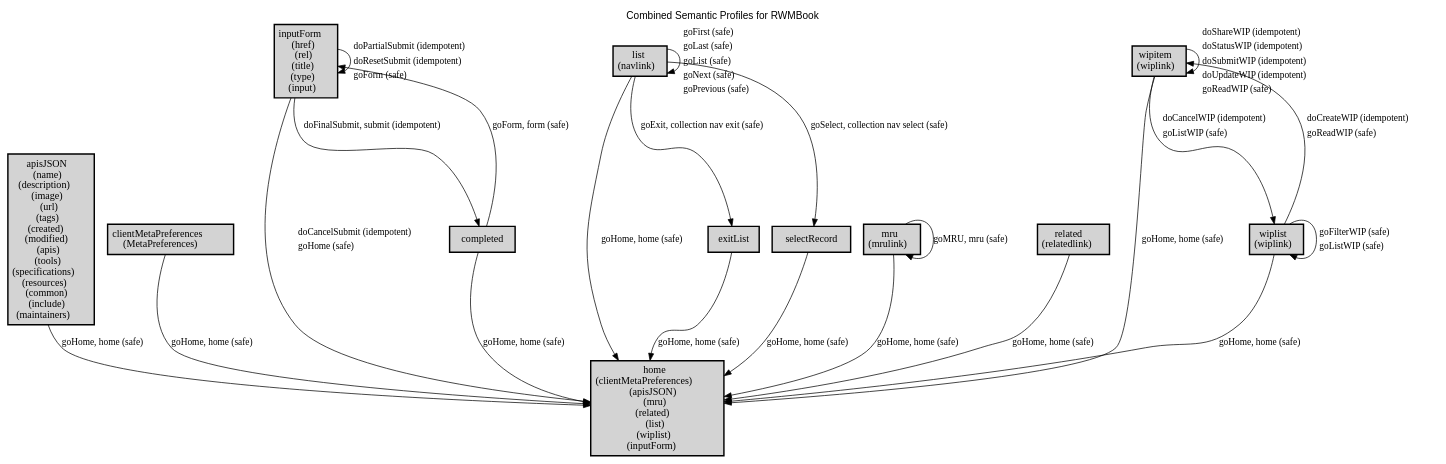
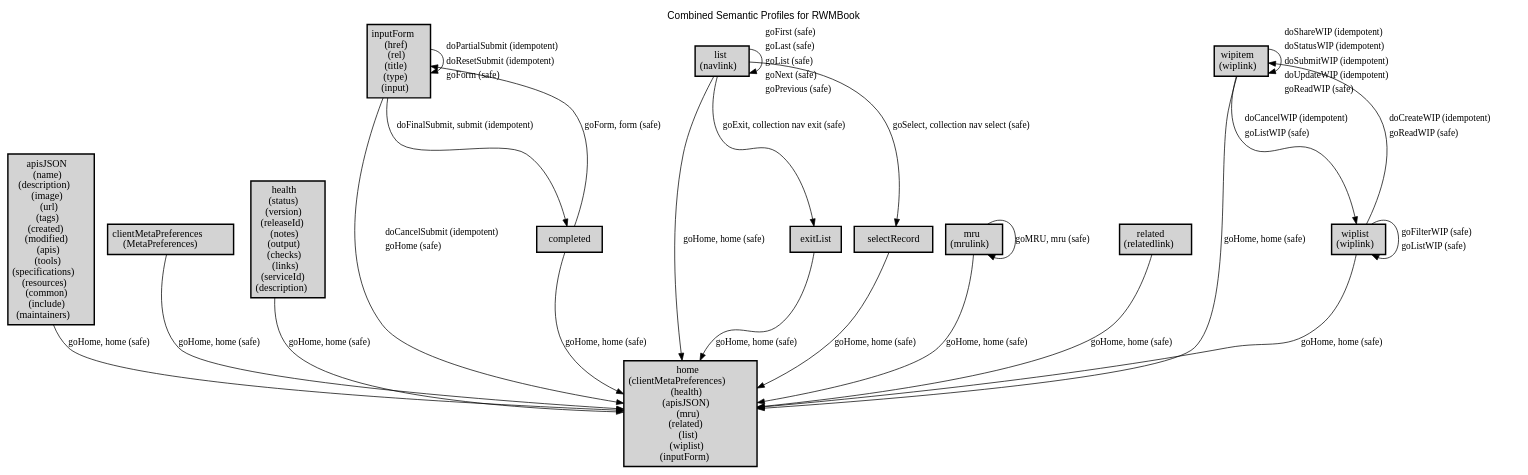
One commit to webapicookbook/alps-documents changed the diagram in docs/combined/combined.dot. Above: the diagram before and after it, drawn with Graphviz. The commit also changed 30 other files, not shown here.

```diff
--- a/docs/combined/combined.dot
+++ b/docs/combined/combined.dot
@@ -1,47 +1,49 @@
 digraph application_state_diagram {
   graph [
     labelloc="t";
     fontname="Helvetica"
     label="Combined Semantic Profiles for RWMBook";
     URL="index.html" target="_parent"
   ];
   node [shape = box, style = "bold,filled" fillcolor="lightgray"];
 
     apisJSON [margin=0.02, label=<<table cellspacing="0" cellpadding="5" border="0"><tr><td>apisJSON<br />(name)<br />(description)<br />(image)<br />(url)<br />(tags)<br />(created)<br />(modified)<br />(apis)<br />(tools)<br />(specifications)<br />(resources)<br />(common)<br />(include)<br />(maintainers)<br /></td></tr></table>>,shape=box URL="docs/semantic.apisJSON.html" target="_parent"]
     clientMetaPreferences [margin=0.02, label=<<table cellspacing="0" cellpadding="5" border="0"><tr><td>clientMetaPreferences<br />(MetaPreferences)<br /></td></tr></table>>,shape=box URL="docs/semantic.clientMetaPreferences.html" target="_parent"]
-    home [margin=0.02, label=<<table cellspacing="0" cellpadding="5" border="0"><tr><td>home<br />(clientMetaPreferences)<br />(apisJSON)<br />(mru)<br />(related)<br />(list)<br />(wiplist)<br />(inputForm)<br /></td></tr></table>>,shape=box URL="docs/semantic.home.html" target="_parent"]
+    health [margin=0.02, label=<<table cellspacing="0" cellpadding="5" border="0"><tr><td>health<br />(status)<br />(version)<br />(releaseId)<br />(notes)<br />(output)<br />(checks)<br />(links)<br />(serviceId)<br />(description)<br /></td></tr></table>>,shape=box URL="docs/semantic.health.html" target="_parent"]
+    home [margin=0.02, label=<<table cellspacing="0" cellpadding="5" border="0"><tr><td>home<br />(clientMetaPreferences)<br />(health)<br />(apisJSON)<br />(mru)<br />(related)<br />(list)<br />(wiplist)<br />(inputForm)<br /></td></tr></table>>,shape=box URL="docs/semantic.home.html" target="_parent"]
     inputForm [margin=0.02, label=<<table cellspacing="0" cellpadding="5" border="0"><tr><td>inputForm<br />(href)<br />(rel)<br />(title)<br />(type)<br />(input)<br /></td></tr></table>>,shape=box URL="docs/semantic.inputForm.html" target="_parent"]
     list [margin=0.02, label=<<table cellspacing="0" cellpadding="5" border="0"><tr><td>list<br />(navlink)<br /></td></tr></table>>,shape=box URL="docs/semantic.list.html" target="_parent"]
     mru [margin=0.02, label=<<table cellspacing="0" cellpadding="5" border="0"><tr><td>mru<br />(mrulink)<br /></td></tr></table>>,shape=box URL="docs/semantic.mru.html" target="_parent"]
     related [margin=0.02, label=<<table cellspacing="0" cellpadding="5" border="0"><tr><td>related<br />(relatedlink)<br /></td></tr></table>>,shape=box URL="docs/semantic.related.html" target="_parent"]
     wipitem [margin=0.02, label=<<table cellspacing="0" cellpadding="5" border="0"><tr><td>wipitem<br />(wiplink)<br /></td></tr></table>>,shape=box URL="docs/semantic.wipitem.html" target="_parent"]
     wiplist [margin=0.02, label=<<table cellspacing="0" cellpadding="5" border="0"><tr><td>wiplist<br />(wiplink)<br /></td></tr></table>>,shape=box URL="docs/semantic.wiplist.html" target="_parent"]
 
     apisJSON -> home [label = <goHome, home (safe)> URL="docs/safe.goHome.html" target="_parent" fontsize=13];
     clientMetaPreferences -> home [label = <goHome, home (safe)> URL="docs/safe.goHome.html" target="_parent" fontsize=13];
     completed -> home [label = <goHome, home (safe)> URL="docs/safe.goHome.html" target="_parent" fontsize=13];
     completed -> inputForm [label = <goForm, form (safe)> URL="docs/safe.goForm.html" target="_parent" fontsize=13];
     exitList -> home [label = <goHome, home (safe)> URL="docs/safe.goHome.html" target="_parent" fontsize=13];
+    health -> home [label = <goHome, home (safe)> URL="docs/safe.goHome.html" target="_parent" fontsize=13];
     inputForm -> completed [label = <doFinalSubmit, submit (idempotent)> URL="docs/idempotent.doFinalSubmit.html" target="_parent" fontsize=13];
     inputForm -> home [label=<<table  border="0"><tr><td align="left" href="docs/idempotent.doCancelSubmit.html">doCancelSubmit (idempotent)</td></tr><tr><td align="left" href="docs/safe.goHome.html">goHome (safe)</td></tr></table>> fontsize=13];
     inputForm -> inputForm [label=<<table  border="0"><tr><td align="left" href="docs/idempotent.doPartialSubmit.html">doPartialSubmit (idempotent)</td></tr><tr><td align="left" href="docs/idempotent.doResetSubmit.html">doResetSubmit (idempotent)</td></tr><tr><td align="left" href="docs/safe.goForm.html">goForm (safe)</td></tr></table>> fontsize=13];
     list -> exitList [label = <goExit, collection nav exit (safe)> URL="docs/safe.goExit.html" target="_parent" fontsize=13];
     list -> home [label = <goHome, home (safe)> URL="docs/safe.goHome.html" target="_parent" fontsize=13];
     list -> list [label=<<table  border="0"><tr><td align="left" href="docs/safe.goFirst.html">goFirst (safe)</td></tr><tr><td align="left" href="docs/safe.goLast.html">goLast (safe)</td></tr><tr><td align="left" href="docs/safe.goList.html">goList (safe)</td></tr><tr><td align="left" href="docs/safe.goNext.html">goNext (safe)</td></tr><tr><td align="left" href="docs/safe.goPrevious.html">goPrevious (safe)</td></tr></table>> fontsize=13];
     list -> selectRecord [label = <goSelect, collection nav select (safe)> URL="docs/safe.goSelect.html" target="_parent" fontsize=13];
     mru -> home [label = <goHome, home (safe)> URL="docs/safe.goHome.html" target="_parent" fontsize=13];
     mru -> mru [label = <goMRU, mru (safe)> URL="docs/safe.goMRU.html" target="_parent" fontsize=13];
     related -> home [label = <goHome, home (safe)> URL="docs/safe.goHome.html" target="_parent" fontsize=13];
     selectRecord -> home [label = <goHome, home (safe)> URL="docs/safe.goHome.html" target="_parent" fontsize=13];
     wipitem -> home [label = <goHome, home (safe)> URL="docs/safe.goHome.html" target="_parent" fontsize=13];
     wipitem -> wipitem [label=<<table  border="0"><tr><td align="left" href="docs/idempotent.doShareWIP.html">doShareWIP (idempotent)</td></tr><tr><td align="left" href="docs/idempotent.doStatusWIP.html">doStatusWIP (idempotent)</td></tr><tr><td align="left" href="docs/idempotent.doSubmitWIP.html">doSubmitWIP (idempotent)</td></tr><tr><td align="left" href="docs/idempotent.doUpdateWIP.html">doUpdateWIP (idempotent)</td></tr><tr><td align="left" href="docs/safe.goReadWIP.html">goReadWIP (safe)</td></tr></table>> fontsize=13];
     wipitem -> wiplist [label=<<table  border="0"><tr><td align="left" href="docs/idempotent.doCancelWIP.html">doCancelWIP (idempotent)</td></tr><tr><td align="left" href="docs/safe.goListWIP.html">goListWIP (safe)</td></tr></table>> fontsize=13];
     wiplist -> home [label = <goHome, home (safe)> URL="docs/safe.goHome.html" target="_parent" fontsize=13];
     wiplist -> wipitem [label=<<table  border="0"><tr><td align="left" href="docs/idempotent.doCreateWIP.html">doCreateWIP (idempotent)</td></tr><tr><td align="left" href="docs/safe.goReadWIP.html">goReadWIP (safe)</td></tr></table>> fontsize=13];
     wiplist -> wiplist [label=<<table  border="0"><tr><td align="left" href="docs/safe.goFilterWIP.html">goFilterWIP (safe)</td></tr><tr><td align="left" href="docs/safe.goListWIP.html">goListWIP (safe)</td></tr></table>> fontsize=13];
 
     completed [label = <completed> URL="docs/semantic.completed.html" target="_parent"]
     exitList [label = <exitList> URL="docs/semantic.exitList.html" target="_parent"]
     selectRecord [label = <selectRecord> URL="docs/semantic.selectRecord.html" target="_parent"]
 
 }
```
